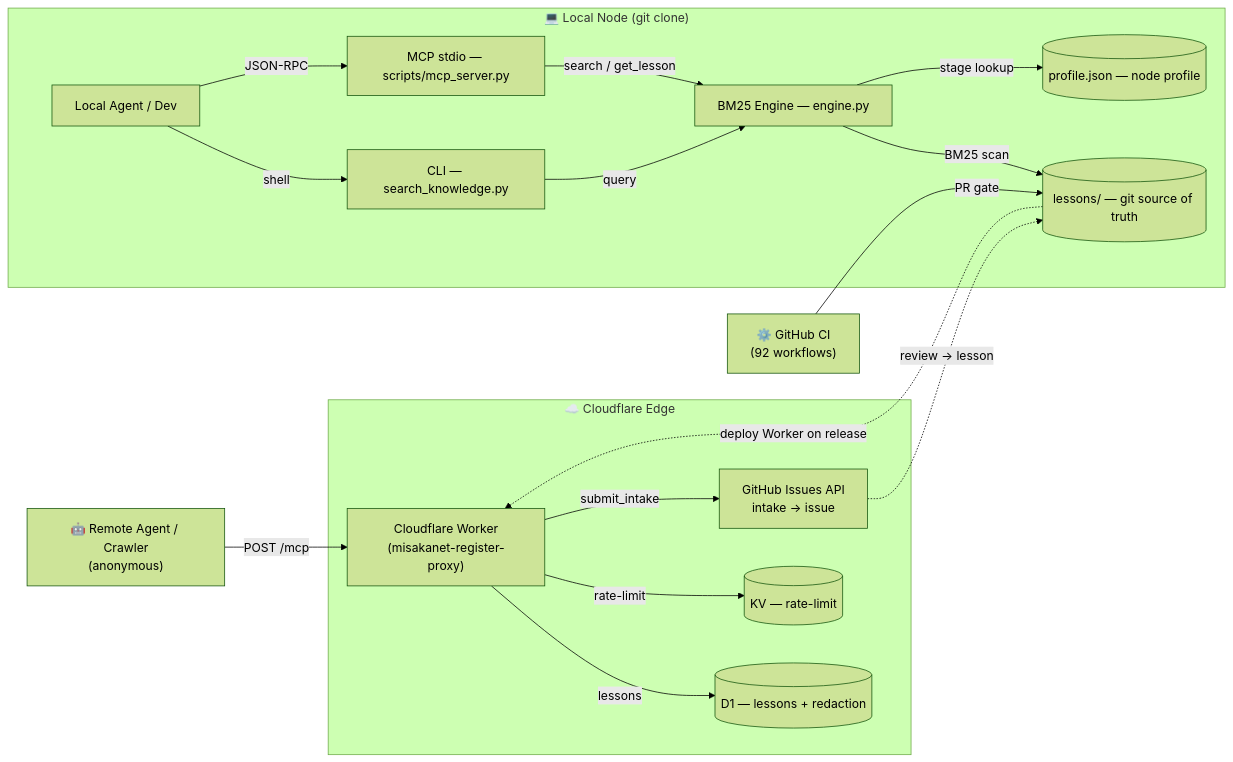
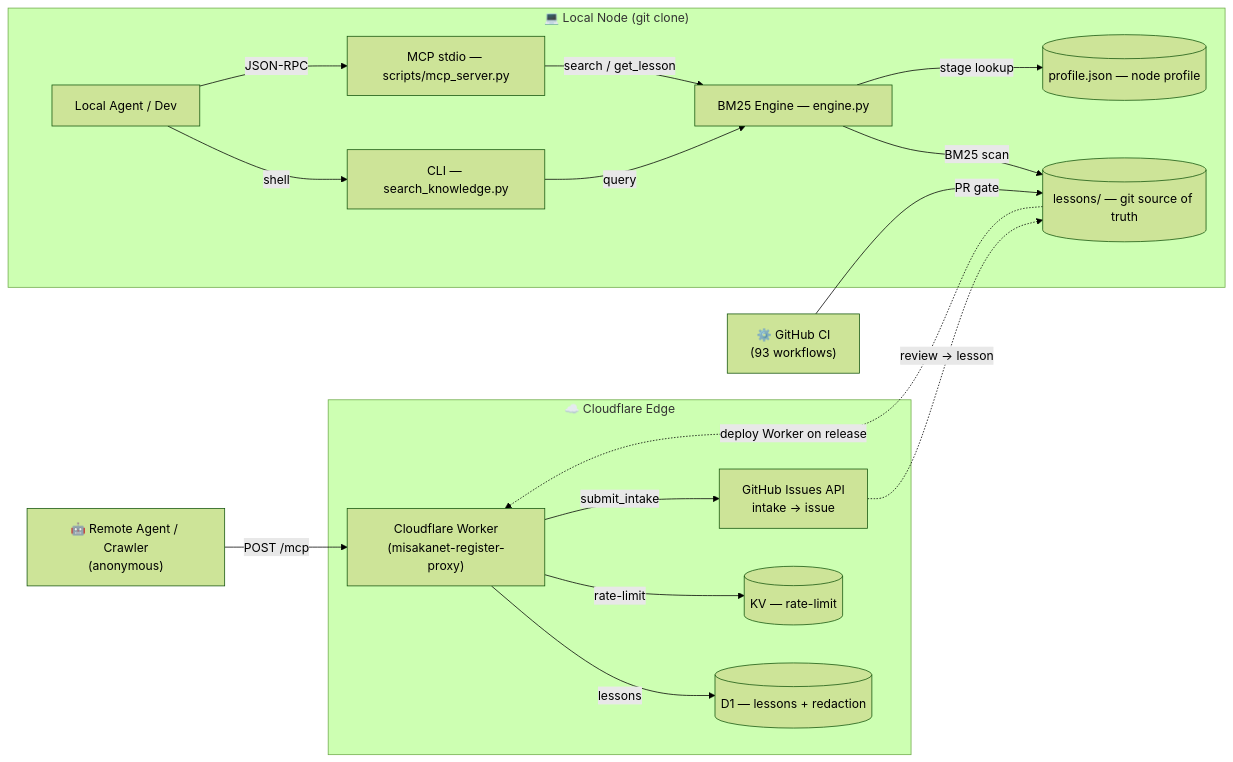
One commit to Ikalus1988/MisakaNet changed the diagram in ARCHITECTURE.md. Above: the diagram before and after it, drawn with Mermaid (forest theme). The commit also changed other lines of this file and 5 other files, not shown here.

````diff
--- a/ARCHITECTURE.md
+++ b/ARCHITECTURE.md
@@ -129,37 +129,37 @@
 ```mermaid
 flowchart LR
     subgraph Edge["☁️ Cloudflare Edge"]
         Worker["Cloudflare Worker<br/>(misakanet-register-proxy)"]
         D1[("D1 — lessons + redaction")]
         KV[("KV — rate-limit")]
         Intake["GitHub Issues API<br/>intake → issue"]
     end
 
     subgraph Local["💻 Local Node (git clone)"]
         User["Local Agent / Dev"]
         CLI["CLI — search_knowledge.py"]
         MCP["MCP stdio — scripts/mcp_server.py"]
         Engine["BM25 Engine — engine.py"]
         Lessons[("lessons/ — git source of truth")]
         Profile[("profile.json — node profile")]
     end
 
     Crawler["🤖 Remote Agent / Crawler<br/>(anonymous)"]
-    CI["⚙️ GitHub CI<br/>(92 workflows)"]
+    CI["⚙️ GitHub CI<br/>(93 workflows)"]
 
     Crawler -- "POST /mcp" --> Worker
     Worker -- "lessons" --> D1
     Worker -- "rate-limit" --> KV
     Worker -- "submit_intake" --> Intake
     Intake -. "review → lesson" .-> Lessons
 
     User -- "shell" --> CLI
     User -- "JSON-RPC" --> MCP
     CLI -- "query" --> Engine
     MCP -- "search / get_lesson" --> Engine
     Engine -- "BM25 scan" --> Lessons
     Engine -- "stage lookup" --> Profile
 
     CI -- "PR gate" --> Lessons
     Lessons -. "deploy Worker on release" .-> Worker
 ```
````
